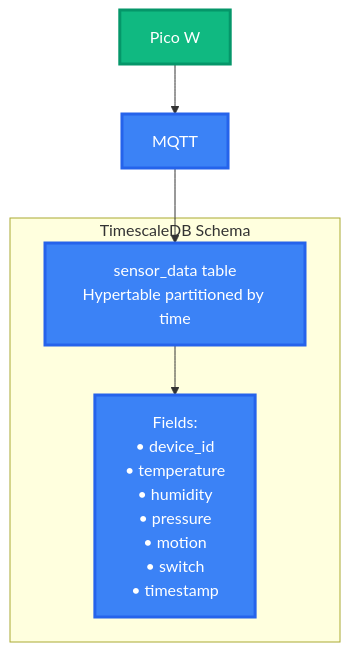
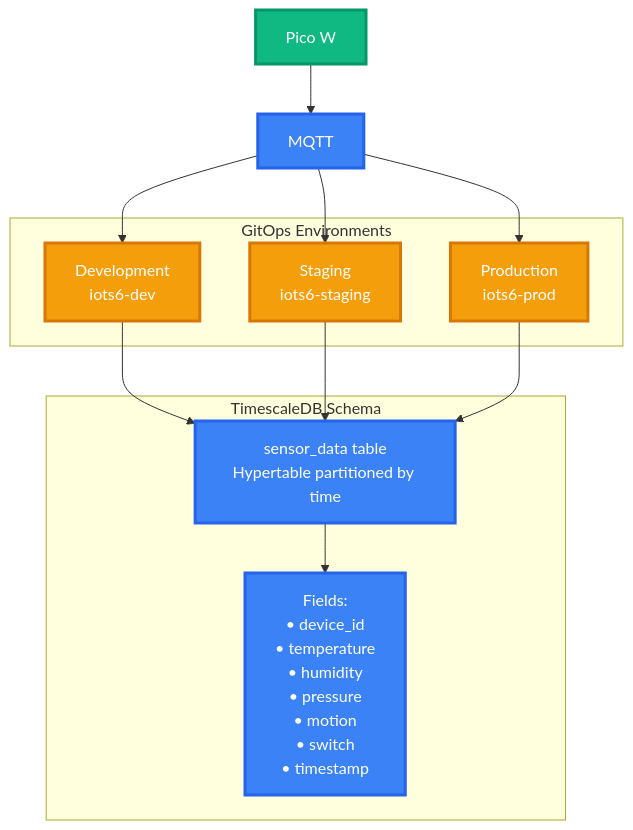
The sixth of 7 diagrams in architecture3.md (nathandiez/nathandiez), drawn with Mermaid before and after one commit. The commit also changed other lines of this file, not shown here.

````diff
--- a/architecture3.md
+++ b/architecture3.md
@@ -132,20 +132,33 @@
 ```mermaid
 graph TB
   PICO_DATA["Pico W"]
   MQTT_MSG["MQTT"]
+  
+  subgraph "GitOps Environments"
+    DEV["Development<br/>iots6-dev"]
+    STAGING["Staging<br/>iots6-staging"]
+    PROD["Production<br/>iots6-prod"]
+  end
   
   subgraph "TimescaleDB Schema"
     TABLE["sensor_data table<br/>Hypertable partitioned by time"]
     FIELDS["Fields:<br/>• device_id<br/>• temperature<br/>• humidity<br/>• pressure<br/>• motion<br/>• switch<br/>• timestamp"]
   end
   
   PICO_DATA --> MQTT_MSG
-  MQTT_MSG --> TABLE
+  MQTT_MSG --> DEV
+  MQTT_MSG --> STAGING
+  MQTT_MSG --> PROD
+  DEV --> TABLE
+  STAGING --> TABLE
+  PROD --> TABLE
   TABLE --> FIELDS
   
   classDef device fill:#10b981,stroke:#059669,stroke-width:3px,color:#fff
   classDef data fill:#3b82f6,stroke:#2563eb,stroke-width:3px,color:#fff
+  classDef env fill:#f59e0b,stroke:#d97706,stroke-width:3px,color:#fff
   
   class PICO_DATA device
   class MQTT_MSG,TABLE,FIELDS data
+  class DEV,STAGING,PROD env
 ```
````
